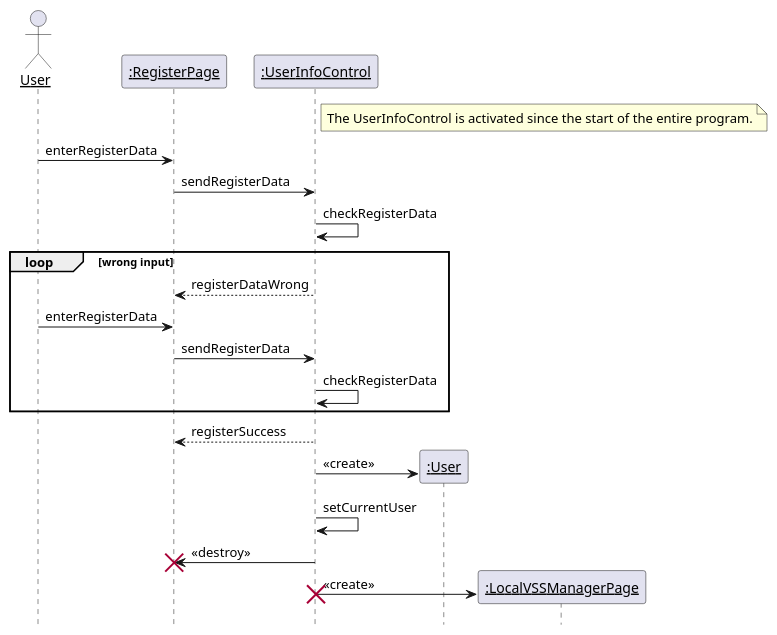
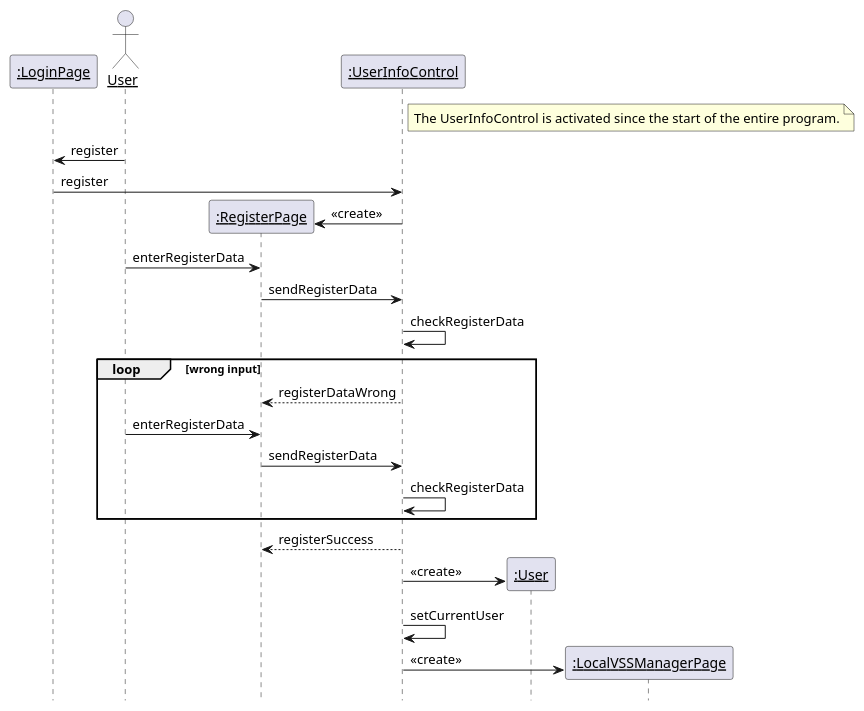
One commit to kpp19920121/doc changed the first of 21 diagrams in 需求定义和分析/SeqDiagram.md. Above: the diagram before and after it, drawn with PlantUML. The commit also changed other lines of this file and 22 other files, not shown here.

````diff
--- a/需求定义和分析/SeqDiagram.md
+++ b/需求定义和分析/SeqDiagram.md
@@ -62,33 +95,36 @@
 ```PlantUML
 @startuml Register
 hide footbox
 skinparam sequenceParticipant underline
 
+participant ":LoginPage" as loginpage
 actor User as user
 participant ":RegisterPage" as boundary
 participant ":UserInfoControl" as control
 participant ":User" as userdata
 participant ":LocalVSSManagerPage" as nextpage
 
 note right of control: The UserInfoControl is activated since the start of the entire program.
 
+user -> loginpage: register
+loginpage -> control: register
+
+create boundary
+control -> boundary: <<create>>
 user -> boundary: enterRegisterData
 boundary -> control: sendRegisterData
 control -> control: checkRegisterData
 loop wrong input
     control --> boundary: registerDataWrong
     user -> boundary: enterRegisterData
     boundary -> control: sendRegisterData
     control -> control: checkRegisterData
 end
 control --> boundary: registerSuccess
 create userdata
 control -> userdata: <<create>>
 control -> control: setCurrentUser
-control -> boundary: <<destroy>>
-destroy boundary
 create nextpage
 control -> nextpage: <<create>>
-destroy control
 @enduml
 ```
````
